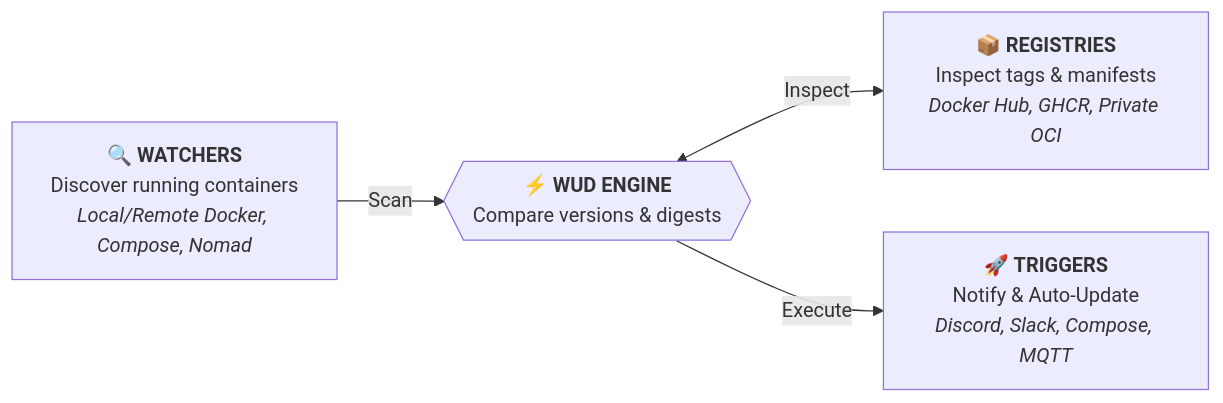
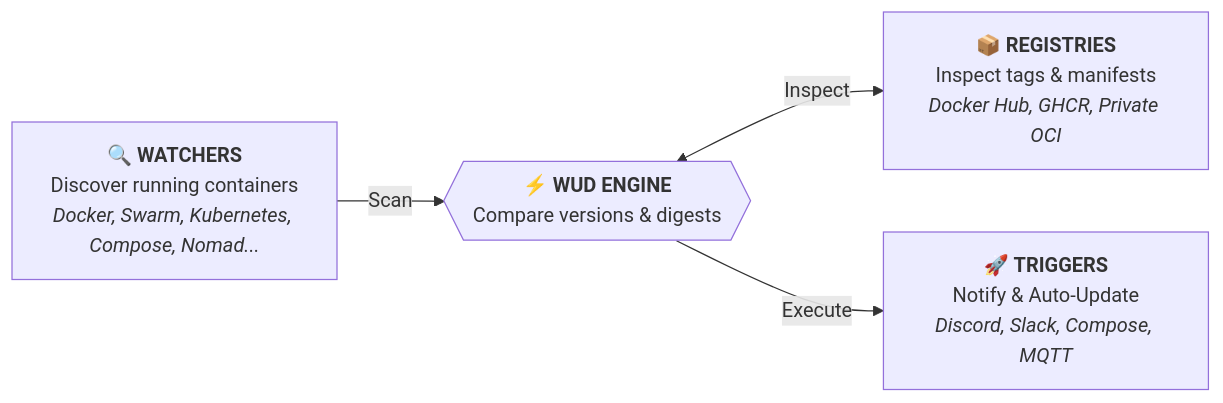
Before and after one commit to ScepiConsulting/open-source-projects-registry: the diagram in site/knowledge/readmes/github.com__getwud__wud.md, drawn with Mermaid. The commit also changed other lines of this file and 214 other files, not shown here.

````diff
--- a/site/knowledge/readmes/github.com__getwud__wud.md
+++ b/site/knowledge/readmes/github.com__getwud__wud.md
@@ -40,11 +48,11 @@
 ```mermaid
 flowchart LR
-    W["🔍 <b>WATCHERS</b><br/>Discover running containers<br/><i>Local/Remote Docker, Compose, Nomad</i>"]
+    W["🔍 <b>WATCHERS</b><br/>Discover running containers<br/><i>Docker, Swarm, Kubernetes, Compose, Nomad...</i>"]
     WUD{{"⚡ <b>WUD ENGINE</b><br/>Compare versions &amp; digests"}}
     R["📦 <b>REGISTRIES</b><br/>Inspect tags &amp; manifests<br/><i>Docker Hub, GHCR, Private OCI</i>"]
     T["🚀 <b>TRIGGERS</b><br/>Notify &amp; Auto-Update<br/><i>Discord, Slack, Compose, MQTT</i>"]
 
     W -->|"Scan"| WUD
     WUD <-->|"Inspect"| R
     WUD -->|"Execute"| T
 ```
````
